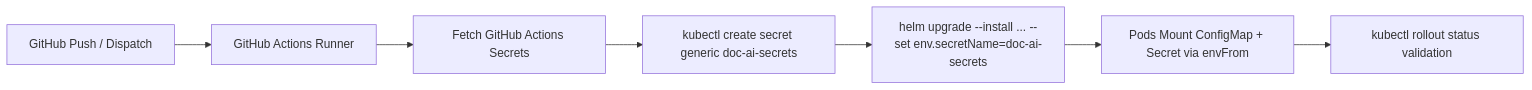
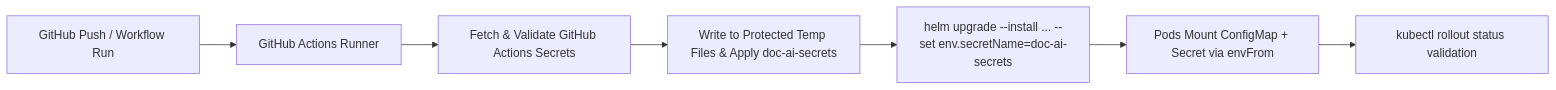
Before and after one commit to Gemejime/Document-AI-Parsers: the second of 2 diagrams in deployments/SECRET_MANAGEMENT.md, drawn with Mermaid. The commit also changed other lines of this file and 4 other files, not shown here.

Commit message:
fix: harden deployment secrets, rollout targets, workflow concurrency, and secret docs

````diff
--- a/deployments/SECRET_MANAGEMENT.md
+++ b/deployments/SECRET_MANAGEMENT.md
@@ -57,9 +57,9 @@
 ```mermaid
 flowchart LR
-    A["GitHub Push / Dispatch"] --> B["GitHub Actions Runner"]
-    B --> C["Fetch GitHub Actions Secrets"]
-    C --> D["kubectl create secret generic doc-ai-secrets"]
+    A["GitHub Push / Workflow Run"] --> B["GitHub Actions Runner"]
+    B --> C["Fetch & Validate GitHub Actions Secrets"]
+    C --> D["Write to Protected Temp Files & Apply doc-ai-secrets"]
     D --> E["helm upgrade --install ... --set env.secretName=doc-ai-secrets"]
     E --> F["Pods Mount ConfigMap + Secret via envFrom"]
     F --> G["kubectl rollout status validation"]
 ```
````
